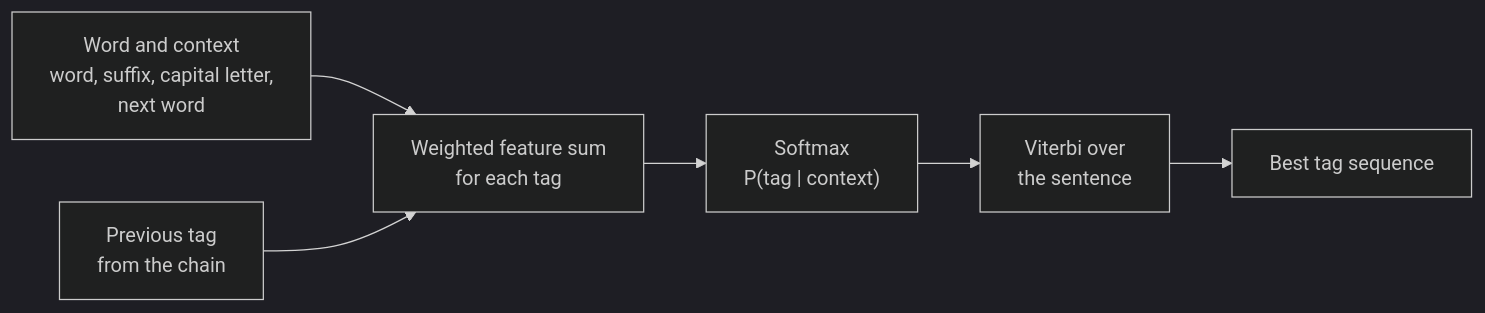
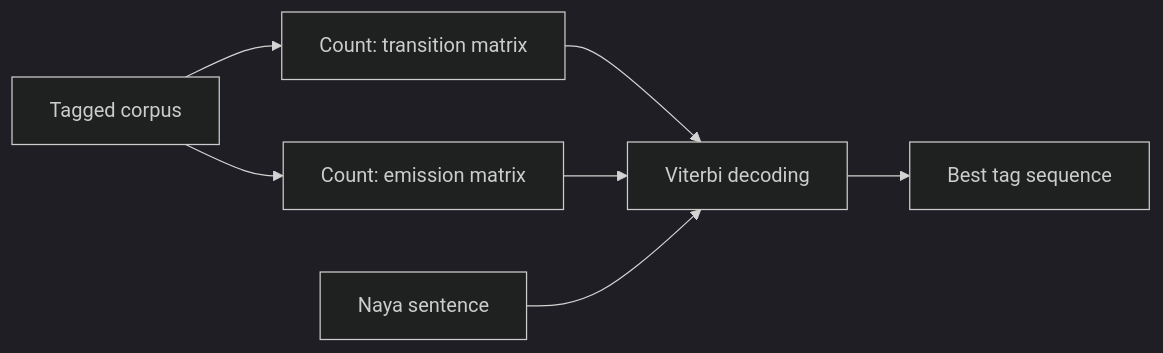
Before and after one commit to TrendySloth1001/sem-seven-notes: the second of 4 diagrams in content/natural-language-processing/notes/hmm-maxent-crf.hi.mdx, drawn with Mermaid (dark theme). The commit also changed other lines of this file and 406 other files, not shown here.

````diff
--- a/content/natural-language-processing/notes/hmm-maxent-crf.hi.mdx
+++ b/content/natural-language-processing/notes/hmm-maxent-crf.hi.mdx
@@ -416,9 +76,10 @@
 ```mermaid
-%% caption: MaxEnt (MEMM) tagger. Word, padosi words aur pichhle tag ke features weight hote hain, softmax se tag probabilities bante hain, aur Viterbi choices ko ek tag sequence mein jodta hai.
+%% caption: HMM tagging: counting se do tables seekho, phir Viterbi se decode karo.
 flowchart LR
-  A["Word and context<br/>word, suffix, capital letter,<br/>next word"] --> D["Weighted feature sum<br/>for each tag"]
-  B["Previous tag<br/>from the chain"] --> D
-  D --> E["Softmax<br/>P(tag | context)"]
-  E --> F["Viterbi over<br/>the sentence"]
-  F --> G["Best tag sequence"]
+  A["Tagged corpus"] --> B["Count: transition matrix"]
+  A --> C["Count: emission matrix"]
+  B --> D["Viterbi decoding"]
+  C --> D
+  E["Naya sentence"] --> D
+  D --> F["Best tag sequence"]
 ```
````
